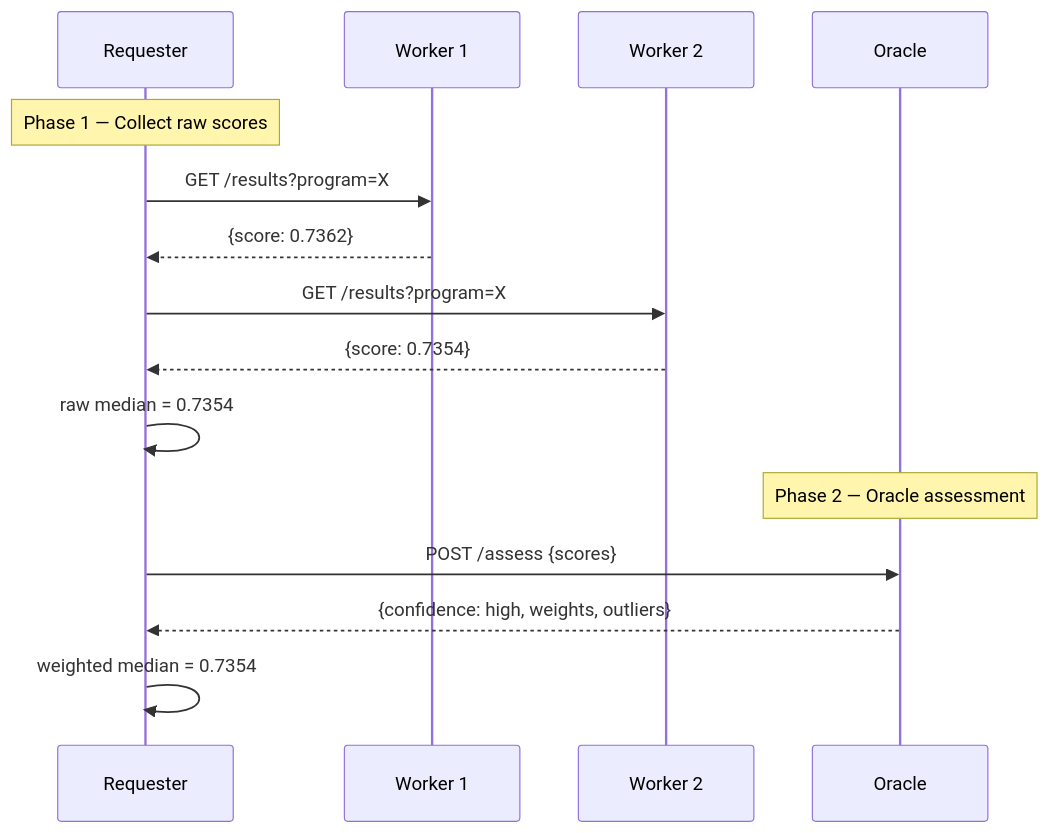
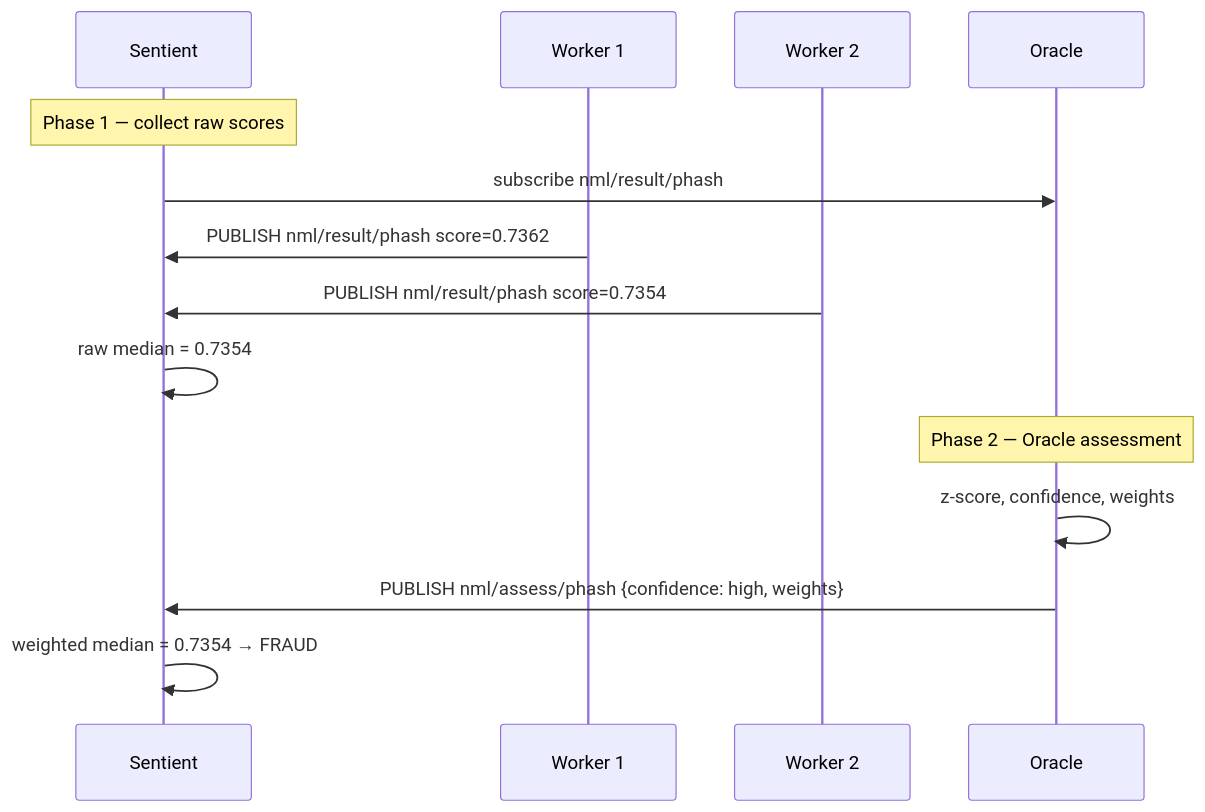
One commit to dnamaz/nml-collective changed the fifth of 9 diagrams in docs/ARCHITECTURE.md. Above: the diagram before and after it, drawn with Mermaid. The commit also changed other lines of this file and 82 other files, not shown here.

````diff
--- a/docs/ARCHITECTURE.md
+++ b/docs/ARCHITECTURE.md
@@ -163,19 +190,18 @@
 ```mermaid
 sequenceDiagram
-    participant Req as Requester
+    participant S as Sentient
     participant W1 as Worker 1
     participant W2 as Worker 2
     participant O as Oracle
 
-    Note over Req: Phase 1 — Collect raw scores
-    Req->>W1: GET /results?program=X
-    W1-->>Req: {score: 0.7362}
-    Req->>W2: GET /results?program=X
-    W2-->>Req: {score: 0.7354}
-    Req->>Req: raw median = 0.7354
+    Note over S: Phase 1 — collect raw scores
+    S->>O: subscribe nml/result/phash
+    W1->>S: PUBLISH nml/result/phash score=0.7362
+    W2->>S: PUBLISH nml/result/phash score=0.7354
+    S->>S: raw median = 0.7354
 
     Note over O: Phase 2 — Oracle assessment
-    Req->>O: POST /assess {scores}
-    O-->>Req: {confidence: high, weights, outliers}
-    Req->>Req: weighted median = 0.7354
+    O->>O: z-score, confidence, weights
+    O->>S: PUBLISH nml/assess/phash {confidence: high, weights}
+    S->>S: weighted median = 0.7354 → FRAUD
 ```
````
